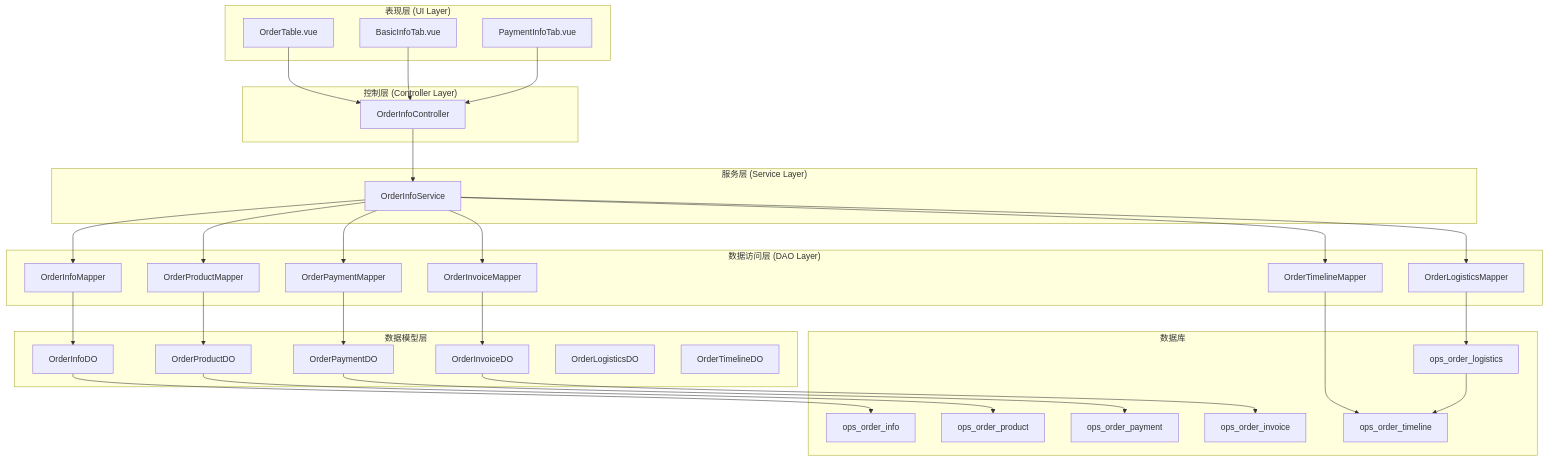
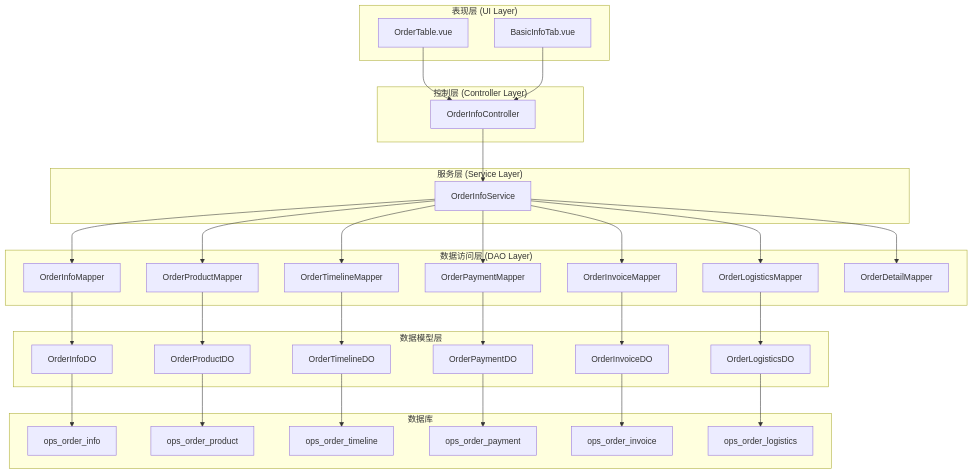
Before and after one commit to xiaoche80s-tech/rouyi-vue-pro: the second of 9 diagrams in .qoder/repowiki/zh/content/核心模块/运营中心模块/订单管理模块.md, drawn with Mermaid. The commit also changed other lines of this file and 331 other files, not shown here.

````diff
--- a/.qoder/repowiki/zh/content/核心模块/运营中心模块/订单管理模块.md
+++ b/.qoder/repowiki/zh/content/核心模块/运营中心模块/订单管理模块.md
@@ -112,59 +144,60 @@
 ```mermaid
 graph TB
 subgraph "表现层 (UI Layer)"
 A[OrderTable.vue]
 B[BasicInfoTab.vue]
-C[PaymentInfoTab.vue]
 end
 subgraph "控制层 (Controller Layer)"
-D[OrderInfoController]
+C[OrderInfoController]
 end
 subgraph "服务层 (Service Layer)"
-E[OrderInfoService]
+D[OrderInfoService]
 end
 subgraph "数据访问层 (DAO Layer)"
-F[OrderInfoMapper]
-G[OrderProductMapper]
+E[OrderInfoMapper]
+F[OrderProductMapper]
+G[OrderTimelineMapper]
 H[OrderPaymentMapper]
 I[OrderInvoiceMapper]
 J[OrderLogisticsMapper]
-K[OrderTimelineMapper]
+K[OrderDetailMapper]
 end
 subgraph "数据模型层"
 L[OrderInfoDO]
 M[OrderProductDO]
-N[OrderPaymentDO]
-O[OrderInvoiceDO]
-P[OrderLogisticsDO]
-Q[OrderTimelineDO]
+N[OrderTimelineDO]
+O[OrderPaymentDO]
+P[OrderInvoiceDO]
+Q[OrderLogisticsDO]
 end
 subgraph "数据库"
 R[ops_order_info]
 S[ops_order_product]
-T[ops_order_payment]
-U[ops_order_invoice]
-V[ops_order_logistics]
-W[ops_order_timeline]
+T[ops_order_timeline]
+U[ops_order_payment]
+V[ops_order_invoice]
+W[ops_order_logistics]
 end
-A --> D
-B --> D
+A --> C
+B --> C
 C --> D
 D --> E
-E --> F
-E --> G
-E --> H
-E --> I
-E --> J
-E --> K
-F --> L
-G --> M
-H --> N
-I --> O
-J --> V
-K --> W
+D --> F
+D --> G
+D --> H
+D --> I
+D --> J
+D --> K
+E --> L
+F --> M
+G --> N
+H --> O
+I --> P
+J --> Q
 L --> R
 M --> S
 N --> T
 O --> U
-V --> W
+P --> V
+Q --> W
 ```
````
